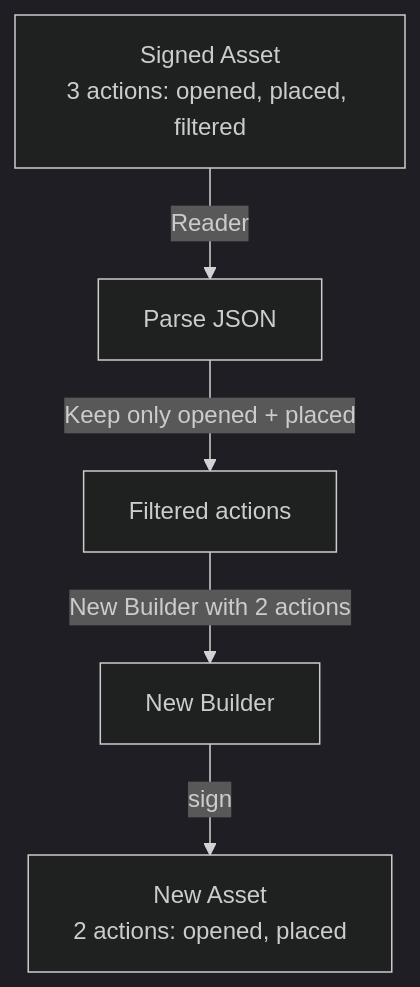
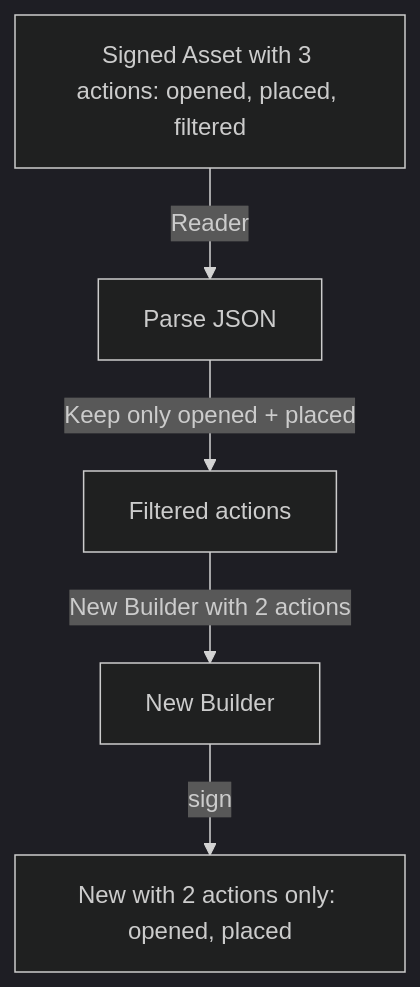
One commit to contentauth/c2pa-c changed the sixth of 9 diagrams in docs/selective-manifests.md. Above: the diagram before and after it, drawn with Mermaid (dark theme). The commit also changed other lines of this file, not shown here.

````diff
--- a/docs/selective-manifests.md
+++ b/docs/selective-manifests.md
@@ -888,7 +844,7 @@
 ```mermaid
 flowchart TD
-    SA["Signed Asset\n3 actions: opened, placed, filtered"] -->|Reader| JSON[Parse JSON]
+    SA["Signed Asset with 3 actions: opened, placed, filtered"] -->|Reader| JSON[Parse JSON]
     JSON -->|"Keep only opened + placed"| FILT[Filtered actions]
     FILT -->|"New Builder with 2 actions"| NB[New Builder]
-    NB -->|sign| OUT["New Asset\n2 actions: opened, placed"]
+    NB -->|sign| OUT["New with 2 actions only: opened, placed"]
 ```
````
